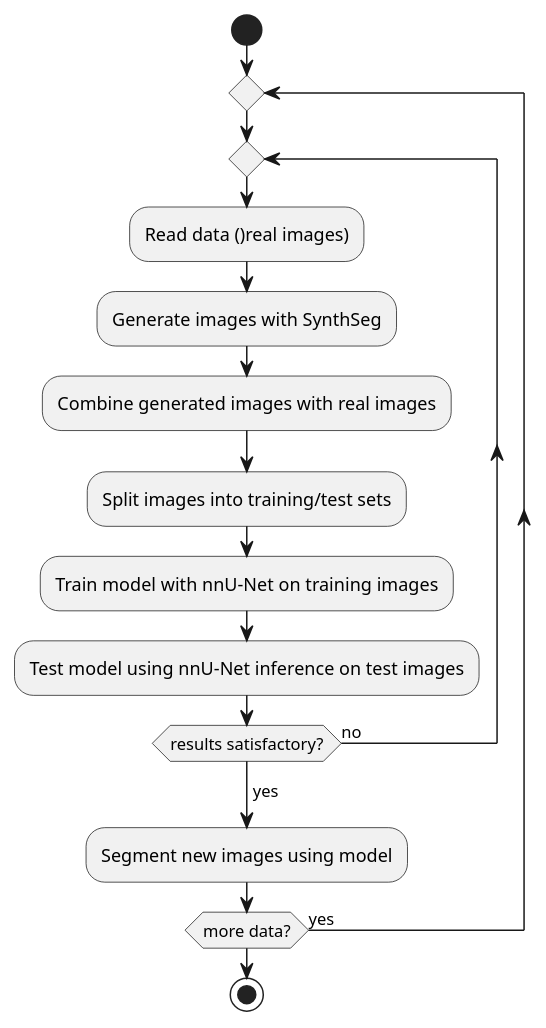
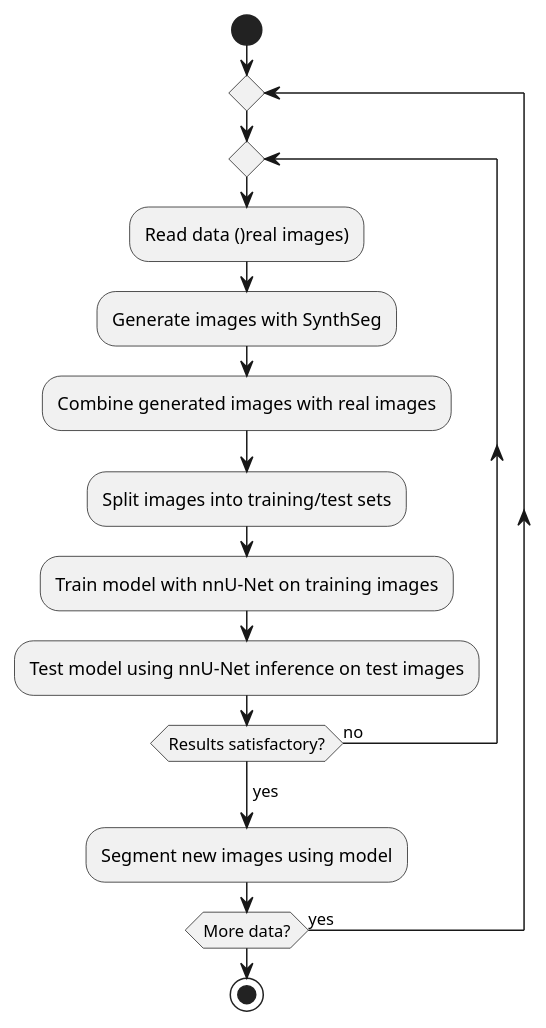
One commit to DCAN-Labs/dcan-nn-unet changed the diagram in doc/paper/figure1-overall.puml. Above: the diagram before and after it, drawn with PlantUML.

Commit message:
Made campitalization consistent.

```diff
--- a/doc/paper/figure1-overall.puml
+++ b/doc/paper/figure1-overall.puml
@@ -1,19 +1,19 @@
 @startuml
 'https://plantuml.com/activity-diagram-beta
 
 start
 repeat
     repeat
         :Read data ()real images);
         :Generate images with SynthSeg;
         :Combine generated images with real images;
         :Split images into training/test sets;
         :Train model with nnU-Net on training images;
         :Test model using nnU-Net inference on test images;
-repeat while (results satisfactory?) is (no)
+repeat while (Results satisfactory?) is (no)
 ->yes;
 :Segment new images using model;
-repeat while (more data?) is (yes)
+repeat while (More data?) is (yes)
 stop
 
 @enduml
```
